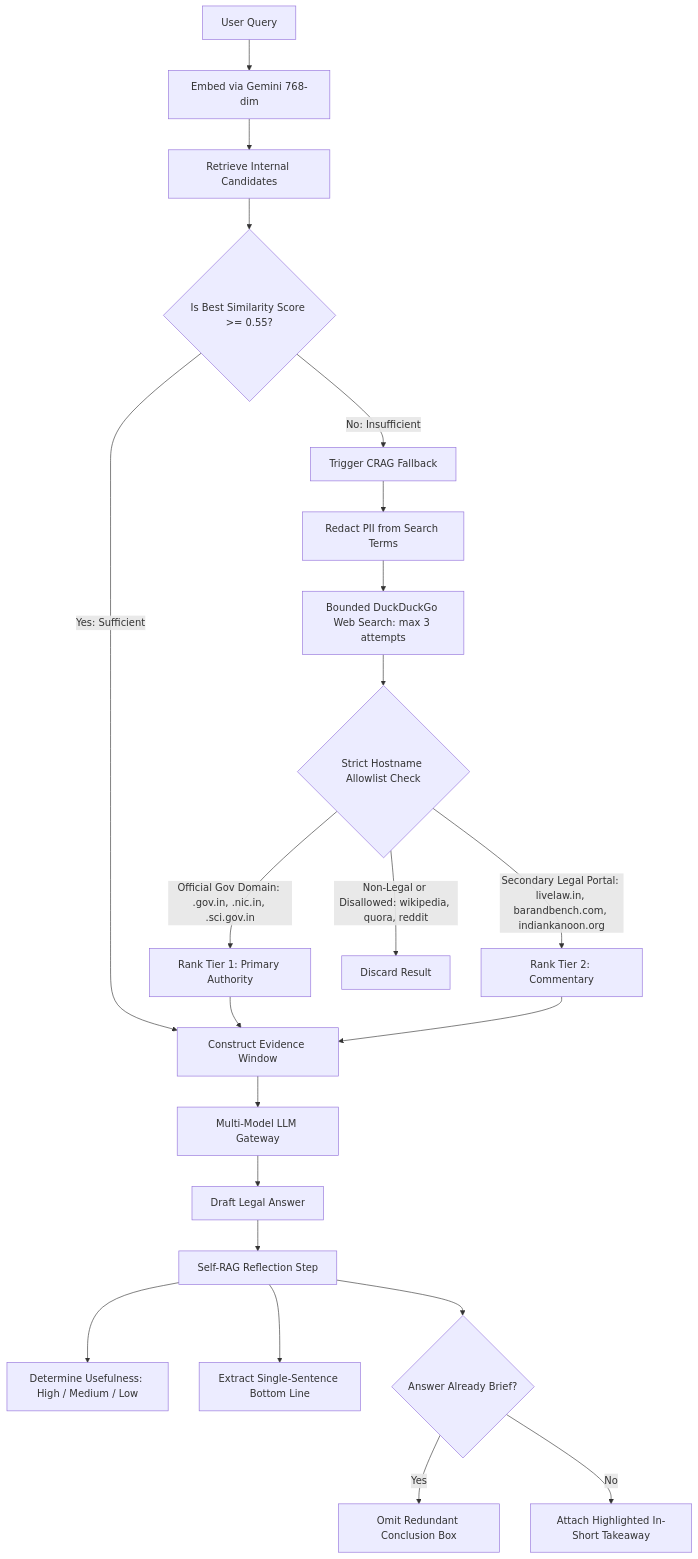
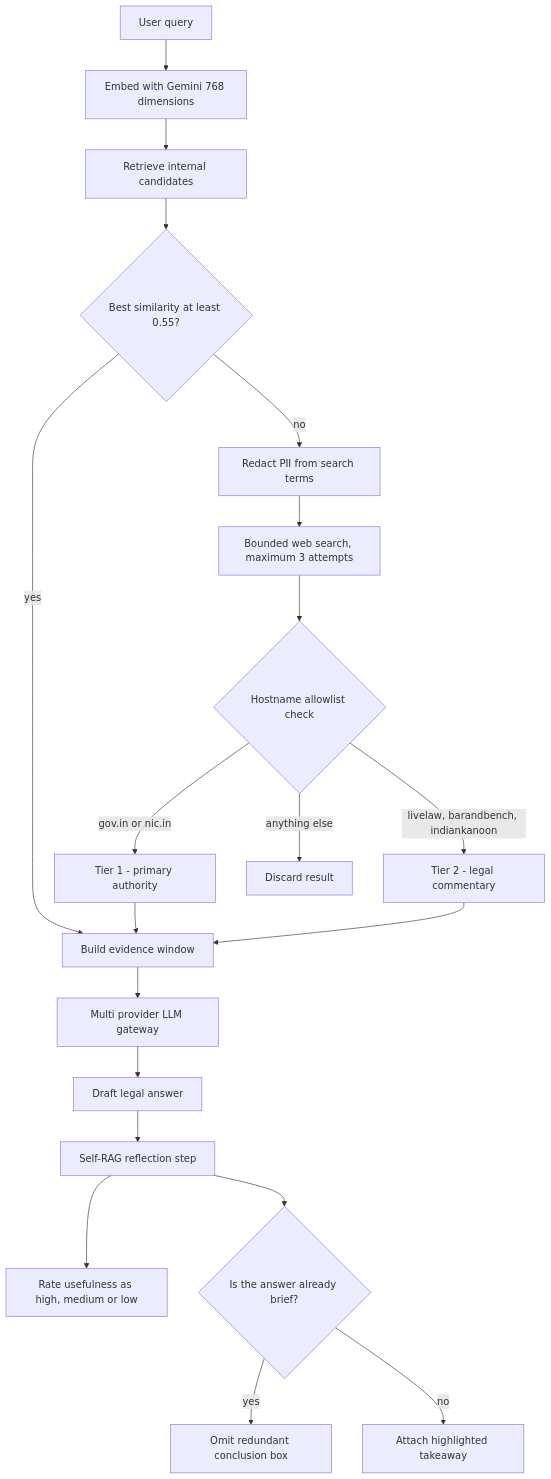
Before and after one commit to tanisha-64/NyayaPramaan: the sixth of 12 diagrams in README.md, drawn with Mermaid. The commit also changed other lines of this file, not shown here.

Commit message:
docs: fix all mermaid diagrams, update structure and add troubleshooting

````diff
--- a/README.md
+++ b/README.md
@@ -412,29 +404,22 @@
 ```mermaid
 flowchart TD
-    Query[User Query] --> EmbedQuery[Embed via Gemini 768-dim]
-    EmbedQuery --> Retrieve[Retrieve Internal Candidates]
-    Retrieve --> CheckSufficiency{Is Best Similarity Score >= 0.55?}
-    
-    CheckSufficiency -->|Yes: Sufficient| ConstructPrompt[Construct Evidence Window]
-    
-    CheckSufficiency -->|No: Insufficient| CRAG_Init[Trigger CRAG Fallback]
-    CRAG_Init --> RedactQuery[Redact PII from Search Terms]
-    RedactQuery --> SearchWeb[Bounded DuckDuckGo Web Search: max 3 attempts]
-    
-    SearchWeb --> FilterHost{"Strict Hostname Allowlist Check"}
-    FilterHost -->|"Official Gov Domain: .gov.in, .nic.in, .sci.gov.in"| RankTier1["Rank Tier 1: Primary Authority"]
-    FilterHost -->|"Secondary Legal Portal: livelaw.in, barandbench.com, indiankanoon.org"| RankTier2["Rank Tier 2: Commentary"]
-    FilterHost -->|"Non-Legal or Disallowed: wikipedia, quora, reddit"| Discard["Discard Result"]
-    
-    RankTier1 --> ConstructPrompt
-    RankTier2 --> ConstructPrompt
-    ConstructPrompt --> GatewayCall["Multi-Model LLM Gateway"]
-    GatewayCall --> RawAnswer["Draft Legal Answer"]
-    
-    RawAnswer --> SelfRAG["Self-RAG Reflection Step"]
-    SelfRAG --> EvalSufficiency["Determine Usefulness: High / Medium / Low"]
-    SelfRAG --> EvalConclusion["Extract Single-Sentence Bottom Line"]
-    SelfRAG --> ConclusionNeeded{"Answer Already Brief?"}
-    ConclusionNeeded -->|Yes| SkipBox["Omit Redundant Conclusion Box"]
-    ConclusionNeeded -->|No| AttachBox["Attach Highlighted In-Short Takeaway"]
+    Query["User query"] --> Embed["Embed with Gemini 768 dimensions"]
+    Embed --> Retrieve["Retrieve internal candidates"]
+    Retrieve --> Score{"Best similarity at least 0.55?"}
+    Score -->|"yes"| Window["Build evidence window"]
+    Score -->|"no"| Redact["Redact PII from search terms"]
+    Redact --> Web["Bounded web search, maximum 3 attempts"]
+    Web --> HostCheck{"Hostname allowlist check"}
+    HostCheck -->|"gov.in or nic.in"| Tier1["Tier 1 - primary authority"]
+    HostCheck -->|"livelaw, barandbench, indiankanoon"| Tier2["Tier 2 - legal commentary"]
+    HostCheck -->|"anything else"| Drop["Discard result"]
+    Tier1 --> Window
+    Tier2 --> Window
+    Window --> Gw["Multi provider LLM gateway"]
+    Gw --> Raw["Draft legal answer"]
+    Raw --> Self["Self-RAG reflection step"]
+    Self --> Useful["Rate usefulness as high, medium or low"]
+    Self --> Brief{"Is the answer already brief?"}
+    Brief -->|"yes"| Skip["Omit redundant conclusion box"]
+    Brief -->|"no"| Attach["Attach highlighted takeaway"]
 ```
````
